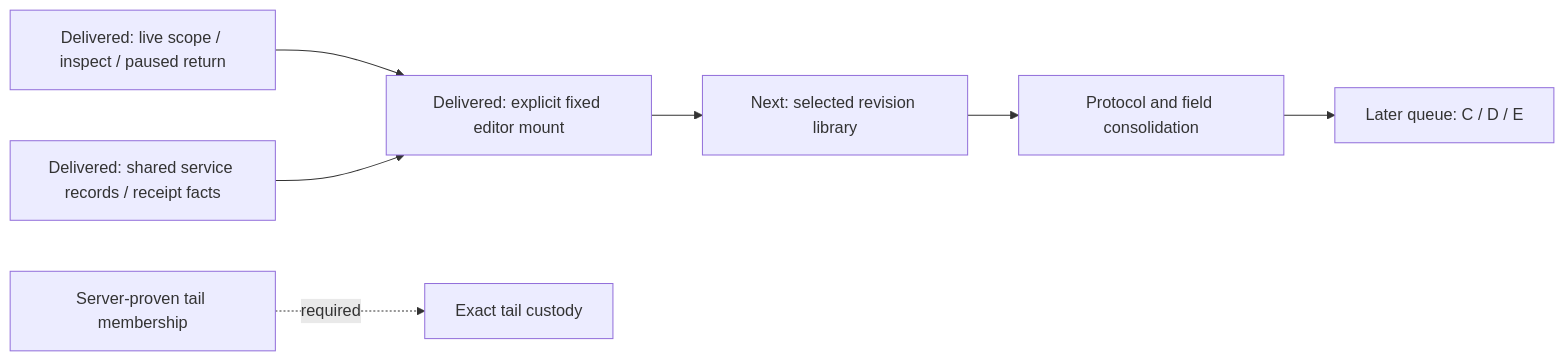
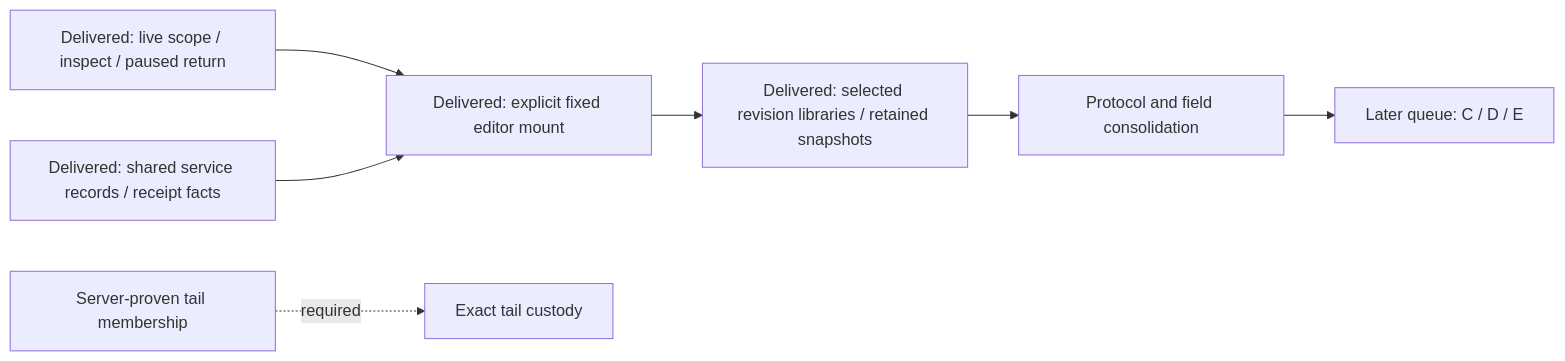
One commit to casselc/goo changed the diagram in docs/S2_A3_ACCEPTANCE.md. Above: the diagram before and after it, drawn with Mermaid. The commit also changed other lines of this file and 40 other files, not shown here.

Commit message:
Consolidate retained catalog snapshots and retention owners

````diff
--- a/docs/S2_A3_ACCEPTANCE.md
+++ b/docs/S2_A3_ACCEPTANCE.md
@@ -47,9 +48,9 @@
 ```mermaid
 flowchart LR
   S2[Delivered: live scope / inspect / paused return] --> Gate[Delivered: explicit fixed editor mount]
   A3[Delivered: shared service records / receipt facts] --> Gate
-  Gate --> B1[Next: selected revision library]
+  Gate --> B1[Delivered: selected revision libraries / retained snapshots]
   B1 --> B2[Protocol and field consolidation]
   B2 --> Later[Later queue: C / D / E]
   Capability[Server-proven tail membership] -. required .-> S3[Exact tail custody]
 ```
````
